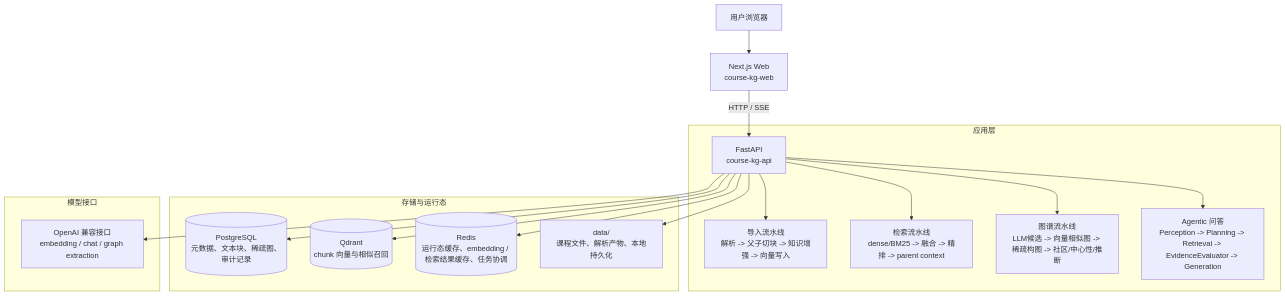
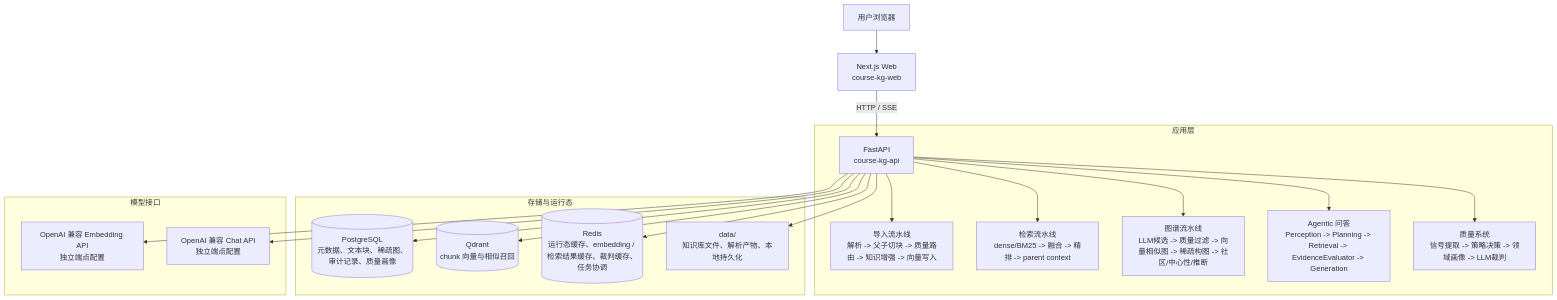
Before and after one commit to Sggggt/DialoGraph: the first of 6 diagrams in README.md, drawn with Mermaid. The commit also changed other lines of this file and 61 other files, not shown here.

Commit message:
v5.0: 重构文件解析和图谱构建的质量系统，问答的Agent系统加强了evidence-first核心思想

````diff
--- a/README.md
+++ b/README.md
@@ -62,29 +65,32 @@
 ```mermaid
 flowchart TB
     USER["用户浏览器"] --> WEB["Next.js Web<br/>course-kg-web"]
     WEB -->|"HTTP / SSE"| API["FastAPI<br/>course-kg-api"]
 
     subgraph APP["应用层"]
-        API --> INGEST["导入流水线<br/>解析 -> 父子切块 -> 知识增强 -> 向量写入"]
+        API --> INGEST["导入流水线<br/>解析 -> 父子切块 -> 质量路由 -> 知识增强 -> 向量写入"]
         API --> RETRIEVAL["检索流水线<br/>dense/BM25 -> 融合 -> 精排 -> parent context"]
-        API --> GRAPH["图谱流水线<br/>LLM候选 -> 向量相似图 -> 稀疏构图 -> 社区/中心性/推断"]
+        API --> GRAPH["图谱流水线<br/>LLM候选 -> 质量过滤 -> 向量相似图 -> 稀疏构图 -> 社区/中心性/推断"]
         API --> QA["Agentic 问答<br/>Perception -> Planning -> Retrieval -> EvidenceEvaluator -> Generation"]
+        API --> QUALITY["质量系统<br/>信号提取 -> 策略决策 -> 领域画像 -> LLM裁判"]
     end
 
     subgraph STORE["存储与运行态"]
-        PG[("PostgreSQL<br/>元数据、文本块、稀疏图、审计记录")]
+        PG[("PostgreSQL<br/>元数据、文本块、稀疏图、审计记录、质量画像")]
         QD[("Qdrant<br/>chunk 向量与相似召回")]
-        RD[("Redis<br/>运行态缓存、embedding / 检索结果缓存、任务协调")]
-        FS["data/<br/>课程文件、解析产物、本地持久化"]
+        RD[("Redis<br/>运行态缓存、embedding / 检索结果缓存、裁判缓存、任务协调")]
+        FS["data/<br/>知识库文件、解析产物、本地持久化"]
     end
 
     subgraph MODEL["模型接口"]
-        LLM["OpenAI 兼容接口<br/>embedding / chat / graph extraction"]
+        EMB["OpenAI 兼容 Embedding API<br/>独立端点配置"]
+        CHAT["OpenAI 兼容 Chat API<br/>独立端点配置"]
     end
 
     API --> PG
     API --> QD
     API --> RD
     API --> FS
-    API --> LLM
+    API --> EMB
+    API --> CHAT
 ```
````
